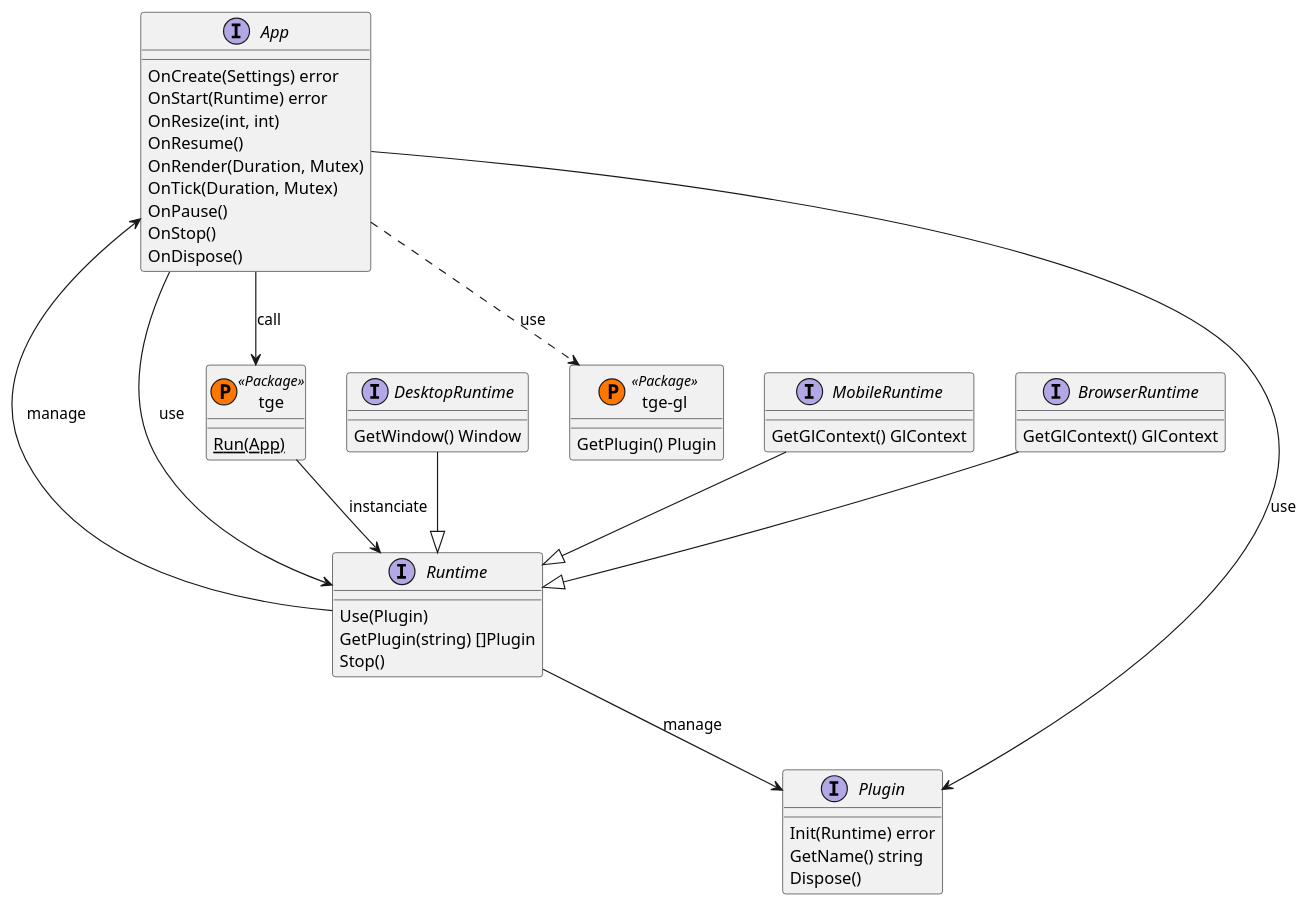
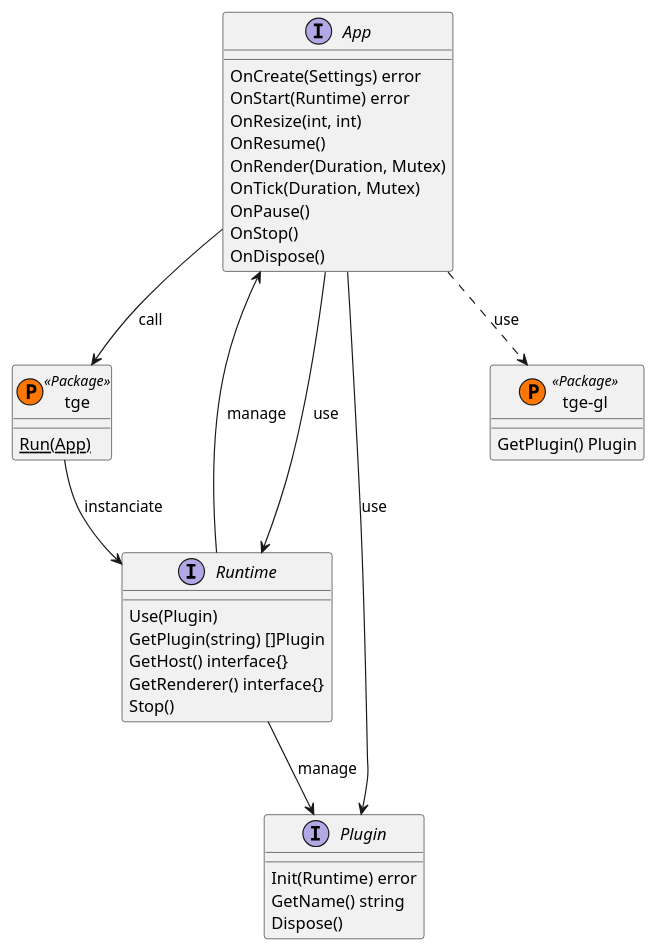
One commit to Thommil/tge changed the diagram in specs/api.puml. Above: the diagram before and after it, drawn with PlantUML. The commit also changed 4 other files, not shown here.

```diff
--- a/specs/api.puml
+++ b/specs/api.puml
@@ -2,61 +2,47 @@
 @startuml API
 ' Components
 interface App {
     OnCreate(Settings) error
     OnStart(Runtime) error
     OnResize(int, int)
     OnResume()
     OnRender(Duration, Mutex)
     OnTick(Duration, Mutex)
     OnPause()
     OnStop()
     OnDispose()
 }
 
 class tge << (P,#FF7700) Package >> {
     {static} Run(App)
 }
 
 interface Runtime {
     Use(Plugin)
     GetPlugin(string) []Plugin
+    GetHost() interface{}
+    GetRenderer() interface{}
     Stop()
-}
-
-interface DesktopRuntime {
-    GetWindow() Window
-}
-
-interface MobileRuntime {
-    GetGlContext() GlContext
-}
-
-interface BrowserRuntime {
-    GetGlContext() GlContext
 }
 
 interface Plugin{    
     Init(Runtime) error
     GetName() string
     Dispose()
 }
 
 class "tge-gl" << (P,#FF7700) Package >> {
     GetPlugin() Plugin
 }
 
 ' Relations
 App --> tge : call
 tge --> Runtime : instanciate
 App <-- Runtime : manage
 App --> Runtime : use
 App --> Plugin : use
 Runtime --> Plugin : manage
 
-DesktopRuntime --|> Runtime
-MobileRuntime --|> Runtime
-BrowserRuntime --|> Runtime
-
 App ..> "tge-gl" : use
 
 @enduml
```
